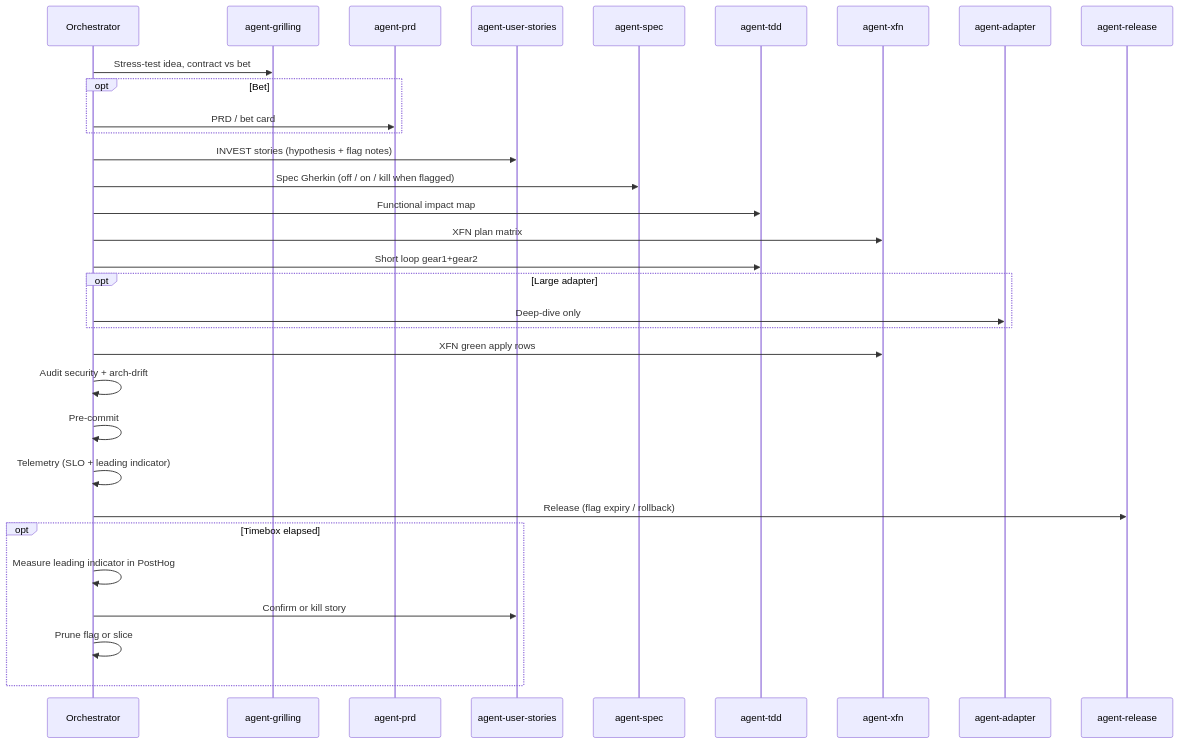
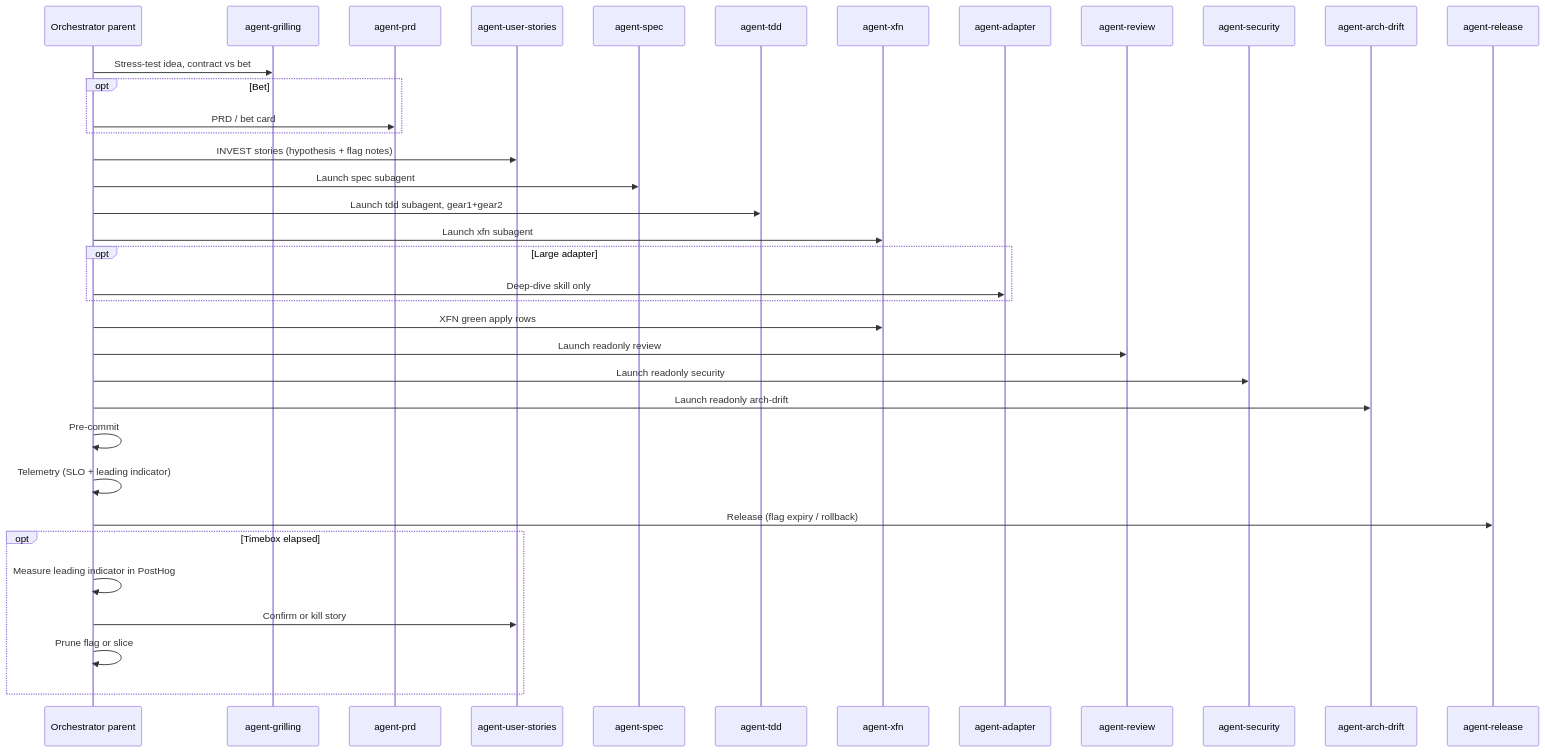
Before and after one commit to mzworthington/agent-lifecycle-kit: the diagram in skills/agent-orchestrator/SKILL.md, drawn with Mermaid. The commit also changed other lines of this file and 23 other files, not shown here.

````diff
--- a/skills/agent-orchestrator/SKILL.md
+++ b/skills/agent-orchestrator/SKILL.md
@@ -164,34 +164,38 @@
 ```mermaid
 sequenceDiagram
-  participant O as Orchestrator
+  participant O as Orchestrator parent
   participant G as agent-grilling
   participant P as agent-prd
   participant U as agent-user-stories
   participant S as agent-spec
   participant T as agent-tdd
   participant X as agent-xfn
   participant A as agent-adapter
+  participant Rev as agent-review
+  participant Sec as agent-security
+  participant Arch as agent-arch-drift
   participant R as agent-release
   O->>G: Stress-test idea, contract vs bet
   opt Bet
     O->>P: PRD / bet card
   end
   O->>U: INVEST stories (hypothesis + flag notes)
-  O->>S: Spec Gherkin (off / on / kill when flagged)
-  O->>T: Functional impact map
-  O->>X: XFN plan matrix
-  O->>T: Short loop gear1+gear2
+  O->>S: Launch spec subagent
+  O->>T: Launch tdd subagent, gear1+gear2
+  O->>X: Launch xfn subagent
   opt Large adapter
-    O->>A: Deep-dive only
+    O->>A: Deep-dive skill only
   end
   O->>X: XFN green apply rows
-  O->>O: Audit security + arch-drift
+  O->>Rev: Launch readonly review
+  O->>Sec: Launch readonly security
+  O->>Arch: Launch readonly arch-drift
   O->>O: Pre-commit
   O->>O: Telemetry (SLO + leading indicator)
   O->>R: Release (flag expiry / rollback)
   opt Timebox elapsed
     O->>O: Measure leading indicator in PostHog
     O->>U: Confirm or kill story
     O->>O: Prune flag or slice
   end
 ```
````
